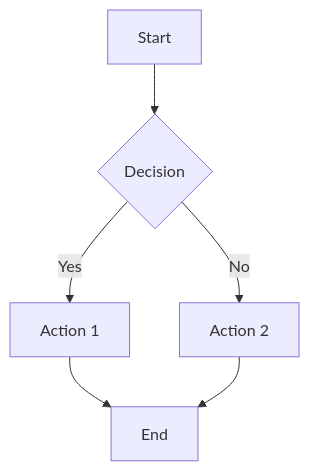
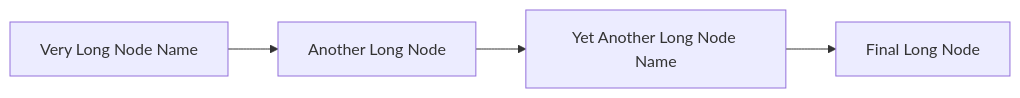
Before and after one commit to sempervent/sempervent.github.io: diagram 20 of 21 in docs/tutorials/mermaid-diagrams.md, drawn with Mermaid. The commit also changed other lines of this file, not shown here.

Commit message:
update mermaid diagram

````diff
--- a/docs/tutorials/mermaid-diagrams.md
+++ b/docs/tutorials/mermaid-diagrams.md
@@ -502,12 +412,6 @@
 ```mermaid
-graph TD
-    A[Start] --> B{Decision}
-    B -->|Yes| C[Action 1]
-    B -->|No| D[Action 2]
-    C --> E[End]
-    D --> E
-    
-    click A "https://example.com" "Tooltip"
-    click B "https://example.com" "Tooltip"
-    click C "https://example.com" "Tooltip"
+graph LR
+    A[Very Long Node Name] --> B[Another Long Node]
+    B --> C[Yet Another Long Node Name]
+    C --> D[Final Long Node]
 ```
````
